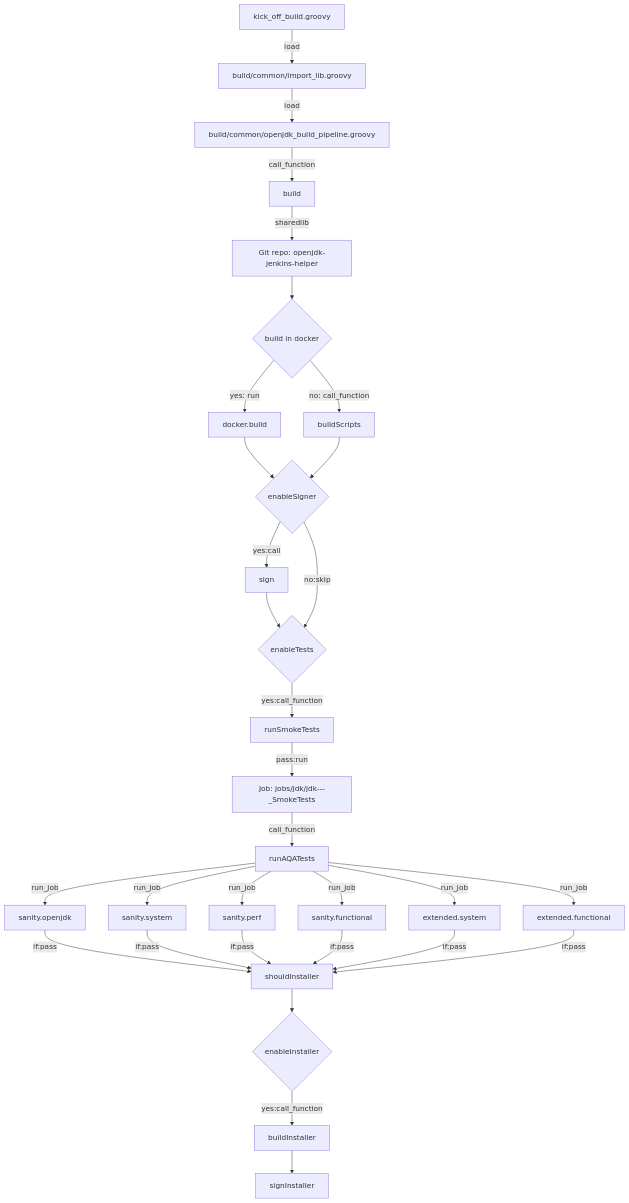
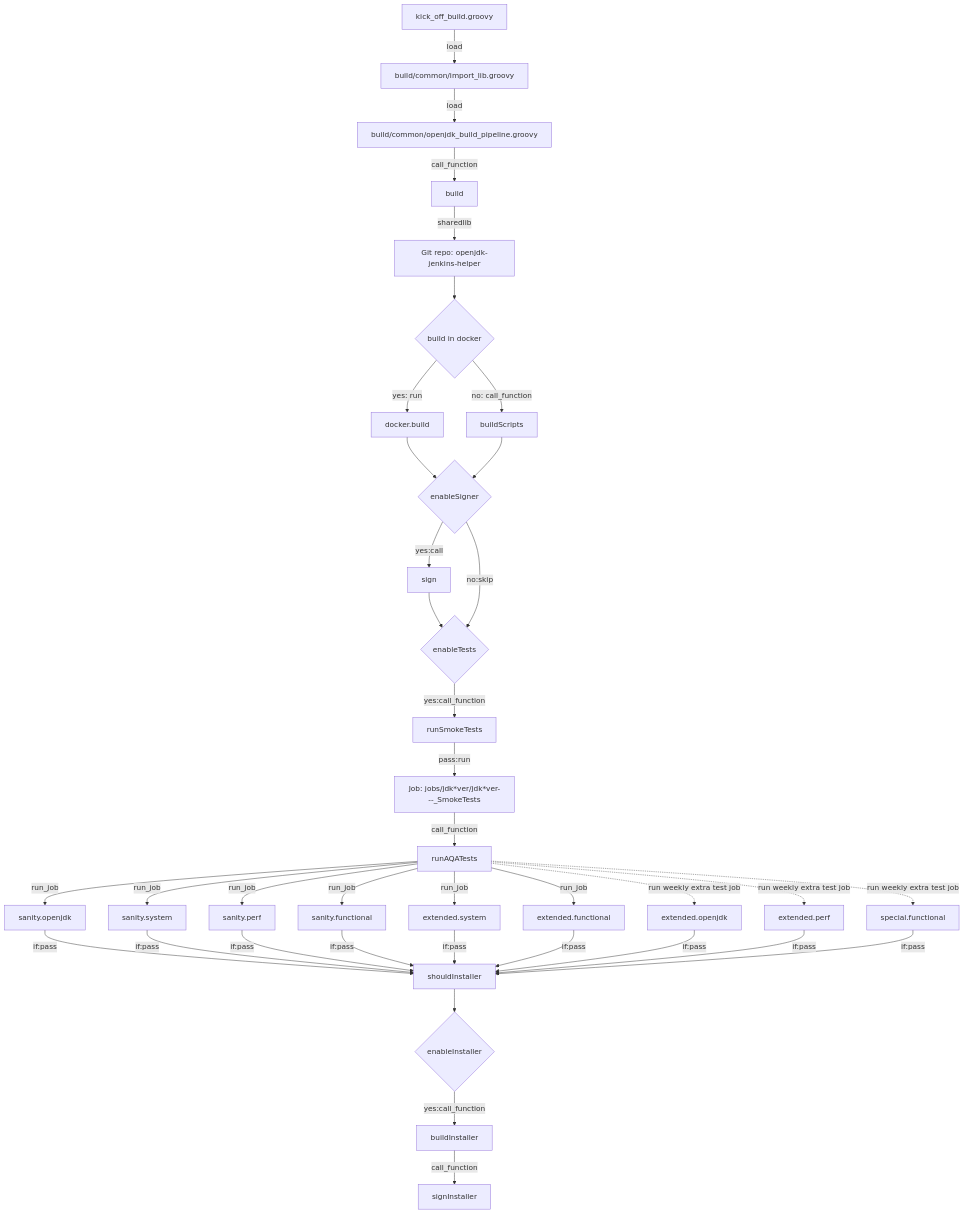
The eighth of 9 diagrams in docs/diagram.md (adoptium/ci-jenkins-pipelines), drawn with Mermaid before and after one commit. The commit also changed other lines of this file and 1 other file, not shown here.

````diff
--- a/docs/diagram.md
+++ b/docs/diagram.md
@@ -91,25 +91,32 @@
 ```mermaid
 flowchart TD
 starter[kick_off_build.groovy] --load--> import[build/common/import_lib.groovy] --load--> Load1[build/common/openjdk_build_pipeline.groovy] --call_function--> Builder[build] 
 Builder --sharedlib --> 
 Load3[Git repo: openjdk-jenkins-helper] --> docker{build in docker}
 docker --yes: run--> dockerbuild[docker.build] --> sign
 docker --no: call_function--> CallbuildScript[buildScripts] --> sign{enableSigner} --yes:call--> sing[sign] --> testStage{enableTests}
 sign{enableSigner} --no:skip --> testStage --yes:call_function--> smoketest[runSmokeTests] --pass:run--> 
-smoke[Job: jobs/jdk<ver>/jdk<ver>-<os>-<arch>-<variant>_SmokeTests] --call_function--> Stage2[runAQATests]
+smoke[Job: jobs/jdk*ver/jdk*ver-<os>-<arch>-<variant>_SmokeTests] --call_function--> Stage2[runAQATests]
 
 Stage2 --run_job--> sanity1[sanity.openjdk]
 Stage2 --run_job--> sanity2[sanity.system]
 Stage2 --run_job--> sanity3[sanity.perf]
 Stage2 --run_job--> sanity4[sanity.functional]
 Stage2 --run_job--> extended1[extended.system]
 Stage2 --run_job--> extended2[extended.functional]
+Stage2 -.->|run weekly extra test job| weekly1[extended.openjdk]
+Stage2 -.->|run weekly extra test job| weekly2[extended.perf]
+Stage2 -.->|run weekly extra test job| weekly3[special.functional]
 
 sanity1 --if:pass--> shouldInstaller
 sanity2 --if:pass--> shouldInstaller
 sanity3 --if:pass--> shouldInstaller
 sanity4 --if:pass--> shouldInstaller
 extended1 --if:pass--> shouldInstaller
 extended2 --if:pass--> shouldInstaller
-shouldInstaller --> install{enableInstaller} --yes:call_function--> bI[buildInstaller] --> sI[signInstaller]
+weekly1 -->|if:pass| shouldInstaller
+weekly2  -->|if:pass| shouldInstaller
+weekly3  -->|if:pass| shouldInstaller
+
+shouldInstaller --> install{enableInstaller} --yes:call_function--> bI[buildInstaller] --call_function--> sI[signInstaller]
  ```
````
